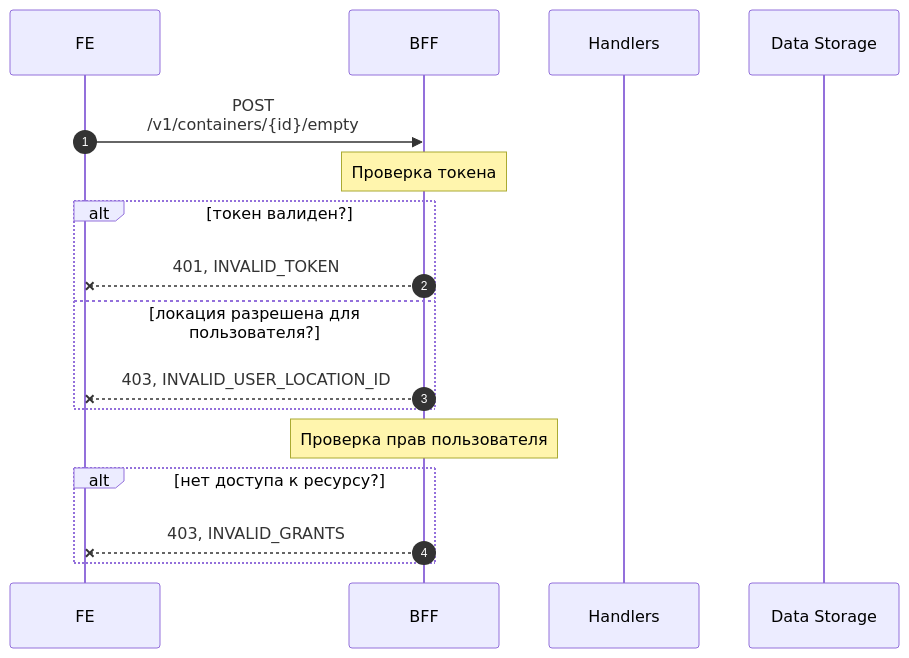
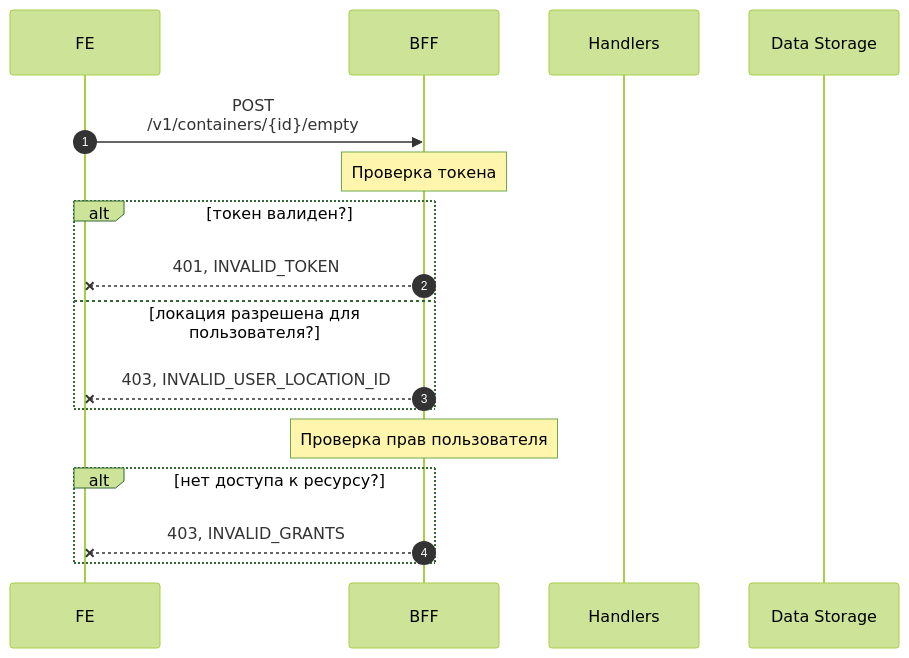
The diagram in README.md (step1989/notes), drawn with Mermaid before and after one commit.

````diff
--- a/README.md
+++ b/README.md
@@ -6,26 +6,22 @@
 ```mermaid
-%%{init: 
-{
-  "theme": "dark",
-}
-}%%
+%%{init: {'theme':'forest'}}%%
 sequenceDiagram
     autonumber
     participant FE
     participant BFF
     participant H as Handlers
     participant DS as Data Storage
 
     FE->>BFF: POST<br/>/v1/containers/{id}/empty
     note over BFF: Проверка токена
     alt токен валиден?
         BFF--xFE: 401, INVALID_TOKEN
     else локация разрешена для пользователя?
         BFF--xFE: 403, INVALID_USER_LOCATION_ID
     end
     note over BFF: Проверка прав пользователя
     alt нет доступа к ресурсу?
         BFF--xFE: 403, INVALID_GRANTS
     end
     activate BFF
 ```
````
